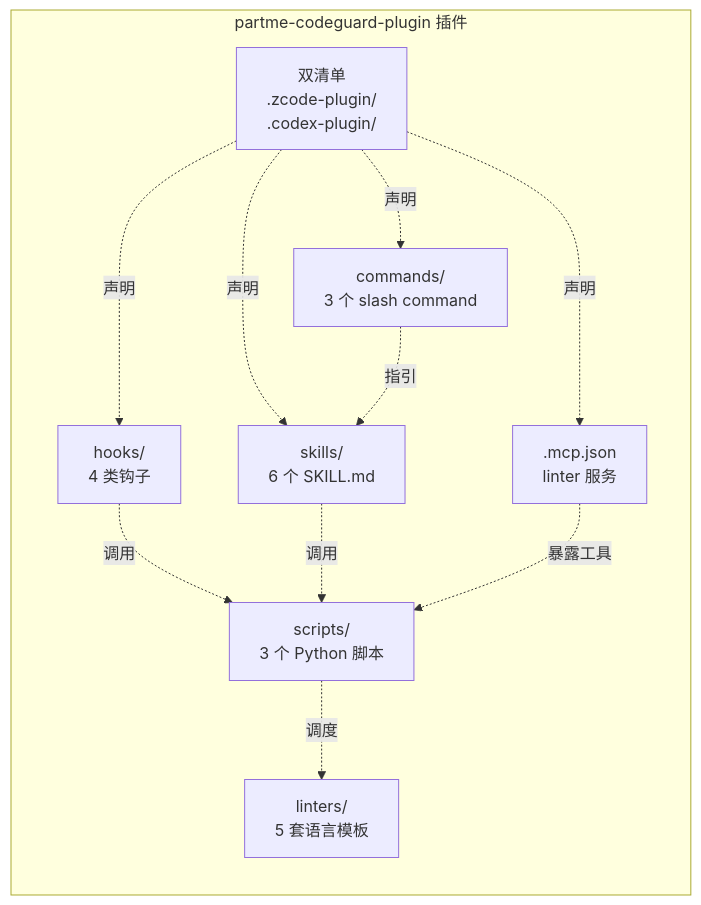
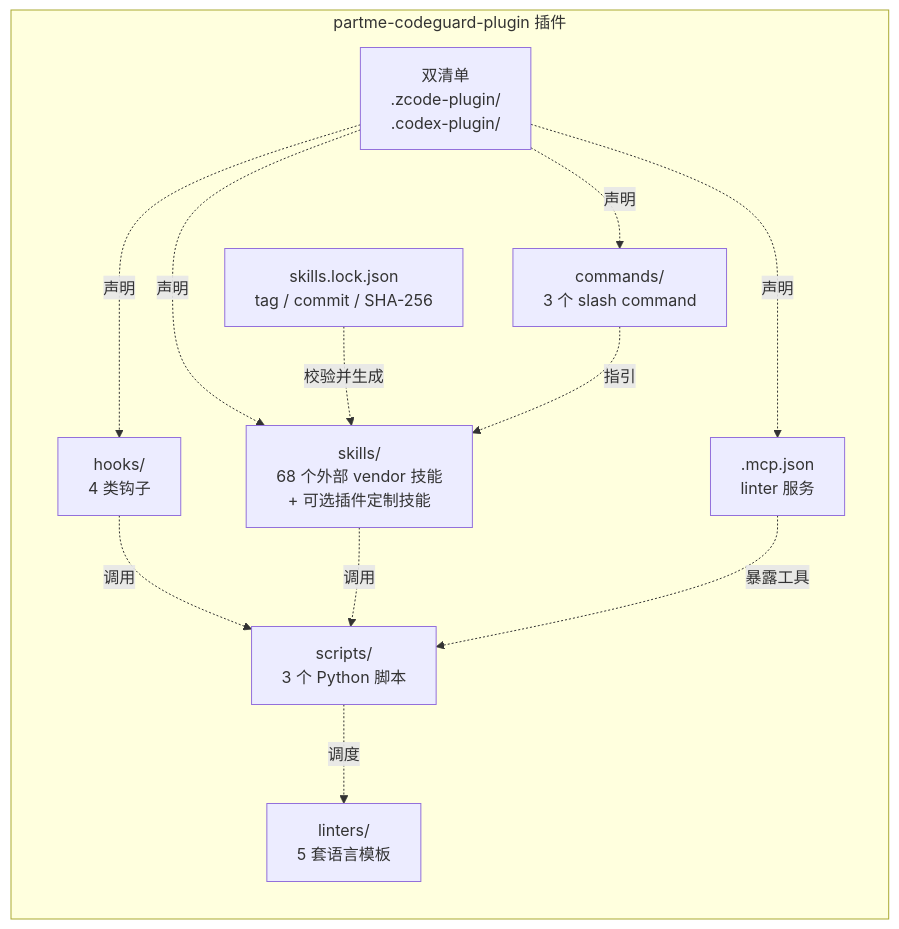
Before and after one commit to full-stack-plugins/codeguard-plugin: the second of 6 diagrams in docs/partme-codeguard-plugin-Architecture.zh_CN.md, drawn with Mermaid. The commit also changed other lines of this file and 491 other files, not shown here.

````diff
--- a/docs/partme-codeguard-plugin-Architecture.zh_CN.md
+++ b/docs/partme-codeguard-plugin-Architecture.zh_CN.md
@@ -53,22 +53,24 @@
 ```mermaid
 flowchart LR
     subgraph Plugin["partme-codeguard-plugin 插件"]
         Manifest["双清单<br/>.zcode-plugin/<br/>.codex-plugin/"]
         Hooks["hooks/<br/>4 类钩子"]
-        Skills["skills/<br/>6 个 SKILL.md"]
+        Skills["skills/<br/>68 个外部 vendor 技能<br/>+ 可选插件定制技能"]
+        SkillLock["skills.lock.json<br/>tag / commit / SHA-256"]
         Cmds["commands/<br/>3 个 slash command"]
         Scripts["scripts/<br/>3 个 Python 脚本"]
         Linters["linters/<br/>5 套语言模板"]
         MCP[".mcp.json<br/>linter 服务"]
     end
 
     Manifest -.声明.-> Hooks
     Manifest -.声明.-> Skills
+    SkillLock -.校验并生成.-> Skills
     Manifest -.声明.-> Cmds
     Manifest -.声明.-> MCP
     Hooks -.调用.-> Scripts
     Skills -.调用.-> Scripts
     Cmds -.指引.-> Skills
     Scripts -.调度.-> Linters
     MCP -.暴露工具.-> Scripts
 ```
````
